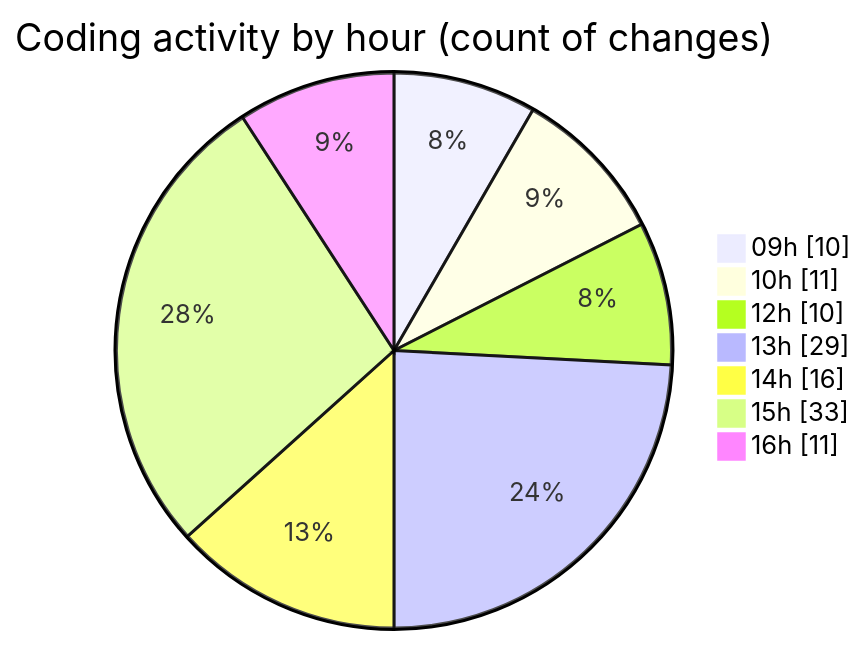
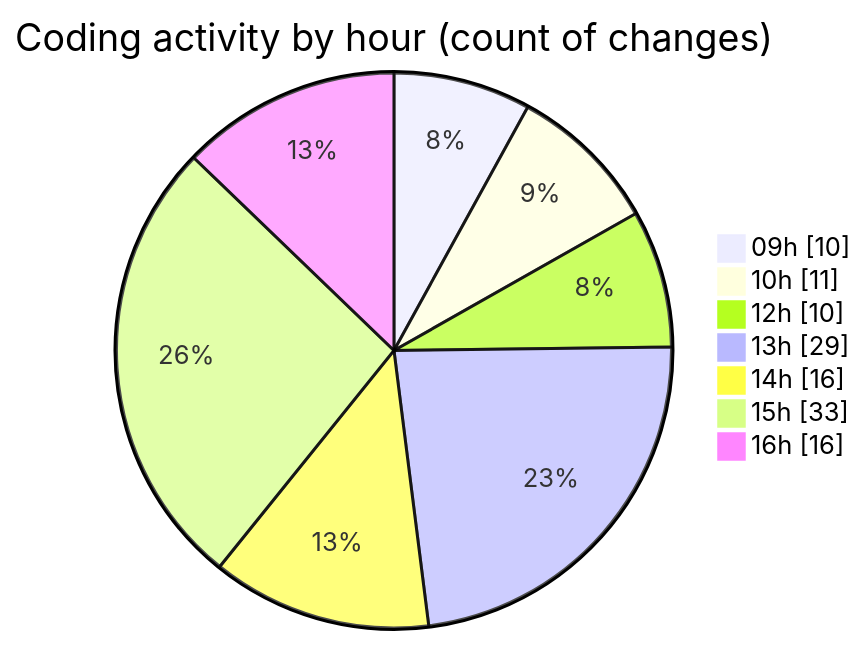
Before and after one commit to momahboobian/code-tracking: the second of 2 diagrams in 2025-09-12/cda/README.md, drawn with Mermaid. The commit also changed other lines of this file and 1 other file, not shown here.

````diff
--- a/2025-09-12/cda/README.md
+++ b/2025-09-12/cda/README.md
@@ -47,11 +47,11 @@
 ```mermaid
 pie showData
 title Coding activity by hour (count of changes)
 "09h" : 10
 "10h" : 11
 "12h" : 10
 "13h" : 29
 "14h" : 16
 "15h" : 33
-"16h" : 11
+"16h" : 16
 ```
````
